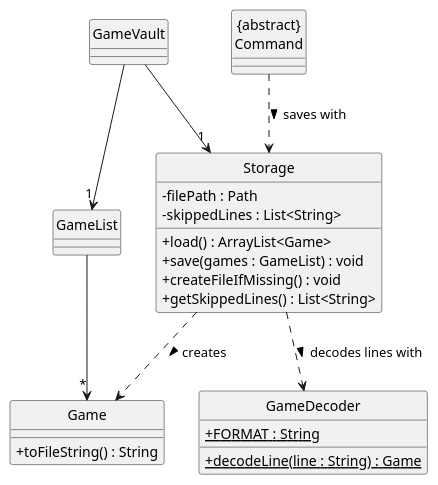
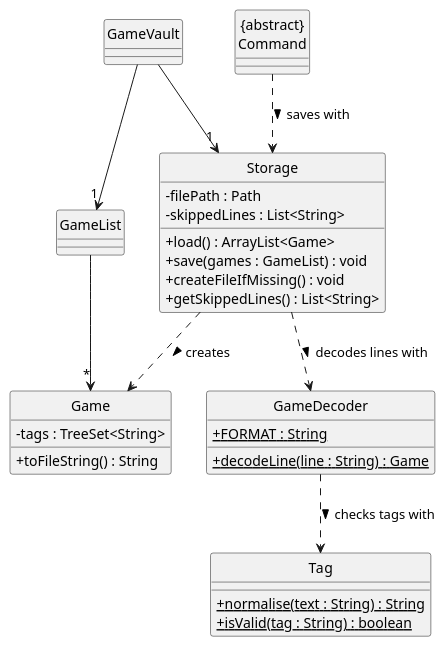
Before and after one commit to AY2627S1-CS2113-T11-4/tp: the diagram in docs/diagrams/StorageClassDiagram.puml, drawn with PlantUML. The commit also changed 4 other files, not shown here.

```diff
--- a/docs/diagrams/StorageClassDiagram.puml
+++ b/docs/diagrams/StorageClassDiagram.puml
@@ -1,34 +1,41 @@
 @startuml
 ' Classes involved in saving and loading games
 hide circle
 skinparam classAttributeIconSize 0
 
 class GameVault
 class "{abstract}\nCommand" as Command
 
 class Storage {
   - filePath : Path
   - skippedLines : List<String>
   + load() : ArrayList<Game>
   + save(games : GameList) : void
   + createFileIfMissing() : void
   + getSkippedLines() : List<String>
 }
 
 class GameDecoder {
   + {static} FORMAT : String
   + {static} decodeLine(line : String) : Game
 }
 
+class Tag {
+  + {static} normalise(text : String) : String
+  + {static} isValid(tag : String) : boolean
+}
+
 class GameList
 class Game {
+  - tags : TreeSet<String>
   + toFileString() : String
 }
 
 GameVault --> "1" Storage
 GameVault --> "1" GameList
 Command ..> Storage : saves with >
 Storage ..> GameDecoder : decodes lines with >
 Storage ..> Game : creates >
+GameDecoder ..> Tag : checks tags with >
 GameList --> "*" Game
 @enduml
```
